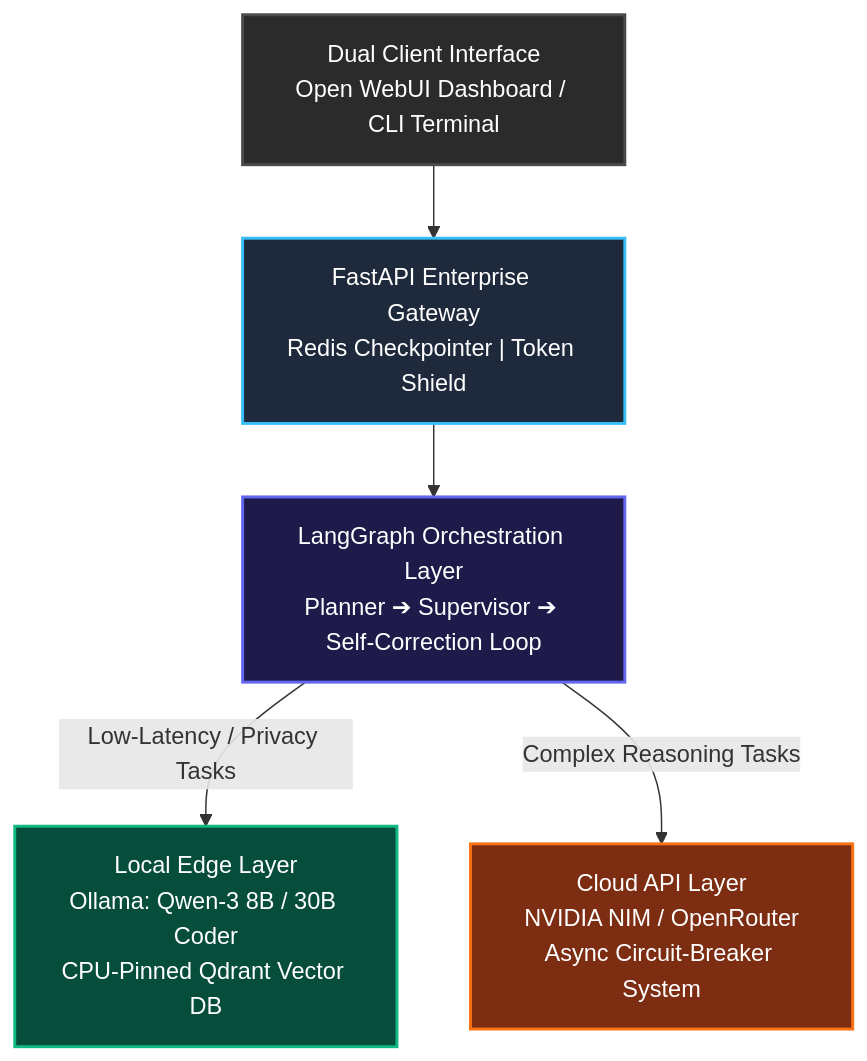
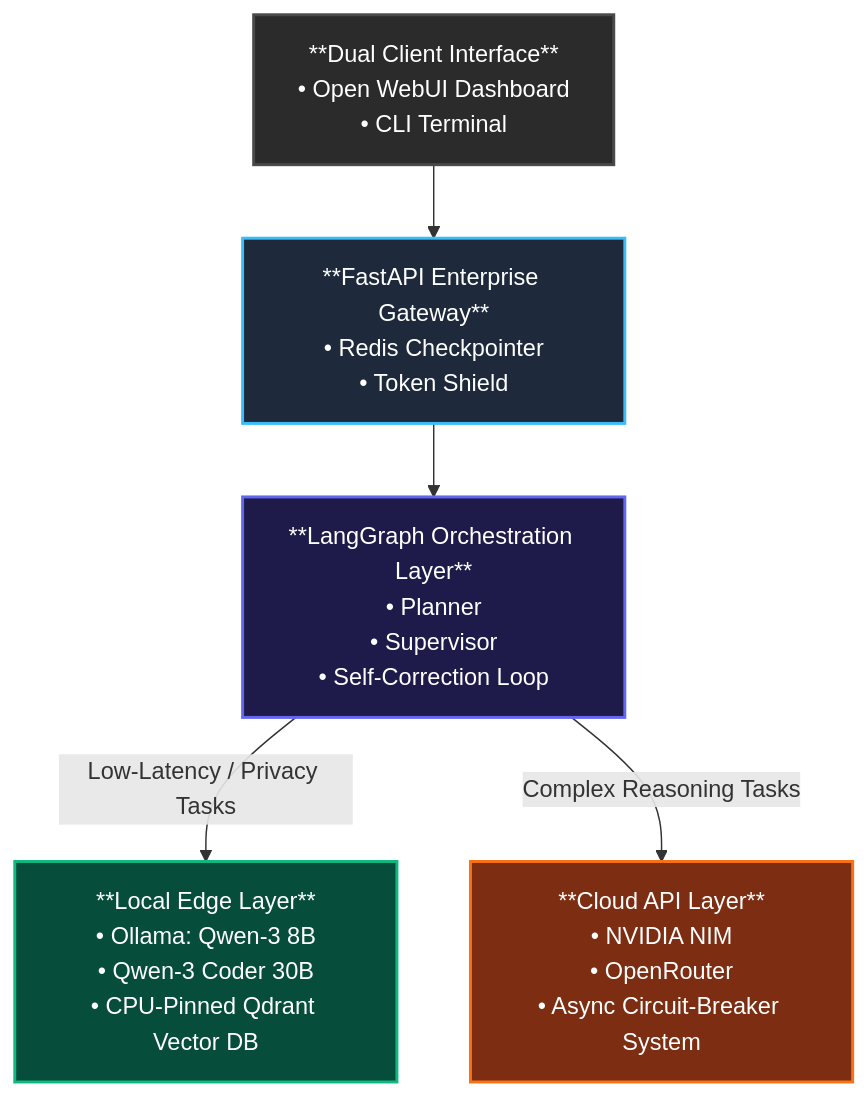
One commit to linjunway/TRAVIS---AI-Productivity-Assistant changed the diagram in README.md. Above: the diagram before and after it, drawn with Mermaid.

Commit message:
ReadMe Updated

````diff
--- a/README.md
+++ b/README.md
@@ -16,19 +16,19 @@
 ```mermaid
 graph TD
-    UI["Dual Client Interface\nOpen WebUI Dashboard / CLI Terminal"]
-    Gateway["FastAPI Enterprise Gateway\nRedis Checkpointer | Token Shield"]
-    Orchestrator["LangGraph Orchestration Layer\nPlanner ➔ Supervisor ➔ Self-Correction Loop"]
-    Local["Local Edge Layer\nOllama: Qwen-3 8B / 30B Coder\nCPU-Pinned Qdrant Vector DB"]
-    Cloud["Cloud API Layer\nNVIDIA NIM / OpenRouter\nAsync Circuit-Breaker System"]
+    UI["**Dual Client Interface**<br/>• Open WebUI Dashboard<br/>• CLI Terminal"]
+    Gateway["**FastAPI Enterprise Gateway**<br/>• Redis Checkpointer<br/>• Token Shield"]
+    Orchestrator["**LangGraph Orchestration Layer**<br/>• Planner<br/>• Supervisor<br/>• Self-Correction Loop"]
+    Local["**Local Edge Layer**<br/>• Ollama: Qwen-3 8B<br/>• Qwen-3 Coder 30B<br/>• CPU-Pinned Qdrant Vector DB"]
+    Cloud["**Cloud API Layer**<br/>• NVIDIA NIM<br/>• OpenRouter<br/>• Async Circuit-Breaker System"]
 
     UI --> Gateway
     Gateway --> Orchestrator
     Orchestrator -->|Low-Latency / Privacy Tasks| Local
     Orchestrator -->|Complex Reasoning Tasks| Cloud
 
     style UI fill:#2b2b2b,stroke:#4a4a4a,stroke-width:2px,color:#fff
     style Gateway fill:#1e293b,stroke:#38bdf8,stroke-width:2px,color:#fff
     style Orchestrator fill:#1e1b4b,stroke:#6366f1,stroke-width:2px,color:#fff
     style Local fill:#064e3b,stroke:#10b981,stroke-width:2px,color:#fff
     style Cloud fill:#7c2d12,stroke:#f97316,stroke-width:2px,color:#fff
 ```
````
